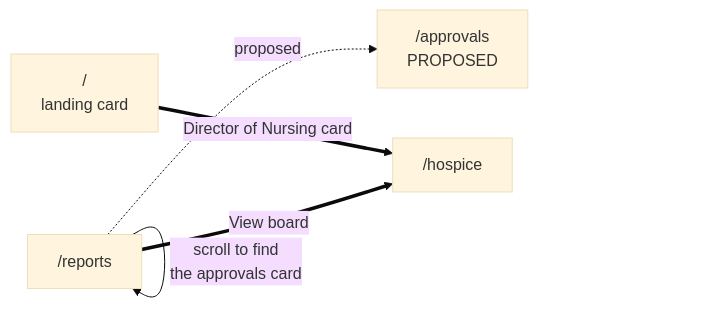
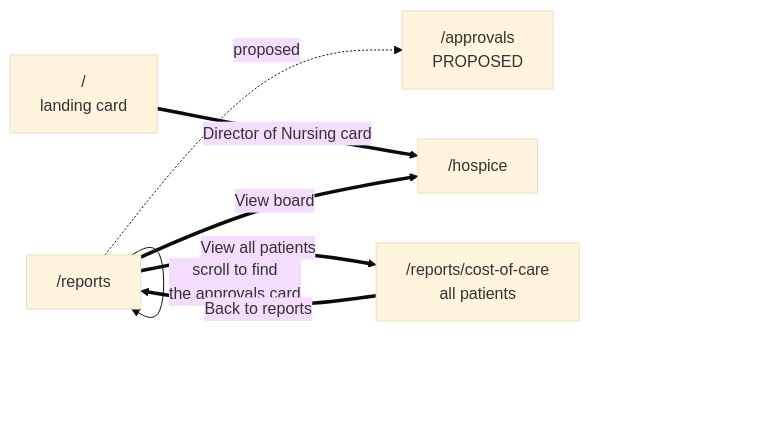
Before and after one commit to kr3wangel/betterrx-hackathon-2026: the fourth of 6 diagrams in docs/UX-FLOWS.md, drawn with Mermaid (base theme). The commit also changed other lines of this file and 6 other files, not shown here.

First line of the commit message:
feat(reports): in-depth cost-of-care page, searchable across patients

````diff
--- a/docs/UX-FLOWS.md
+++ b/docs/UX-FLOWS.md
@@ -267,11 +274,14 @@
 ```mermaid
 graph LR
   L["/<br/>landing card"]
   A["/reports"]
   B["/approvals<br/>PROPOSED"]
   C["/hospice"]
+  E["/reports/cost-of-care<br/>all patients"]
   L ==>|"Director of Nursing card"| C
   A -->|"scroll to find<br/>the approvals card"| A
   A ==>|"View board"| C
+  A ==>|"View all patients"| E
+  E ==>|"Back to reports"| A
   A -.->|"proposed"| B
 ```
````
